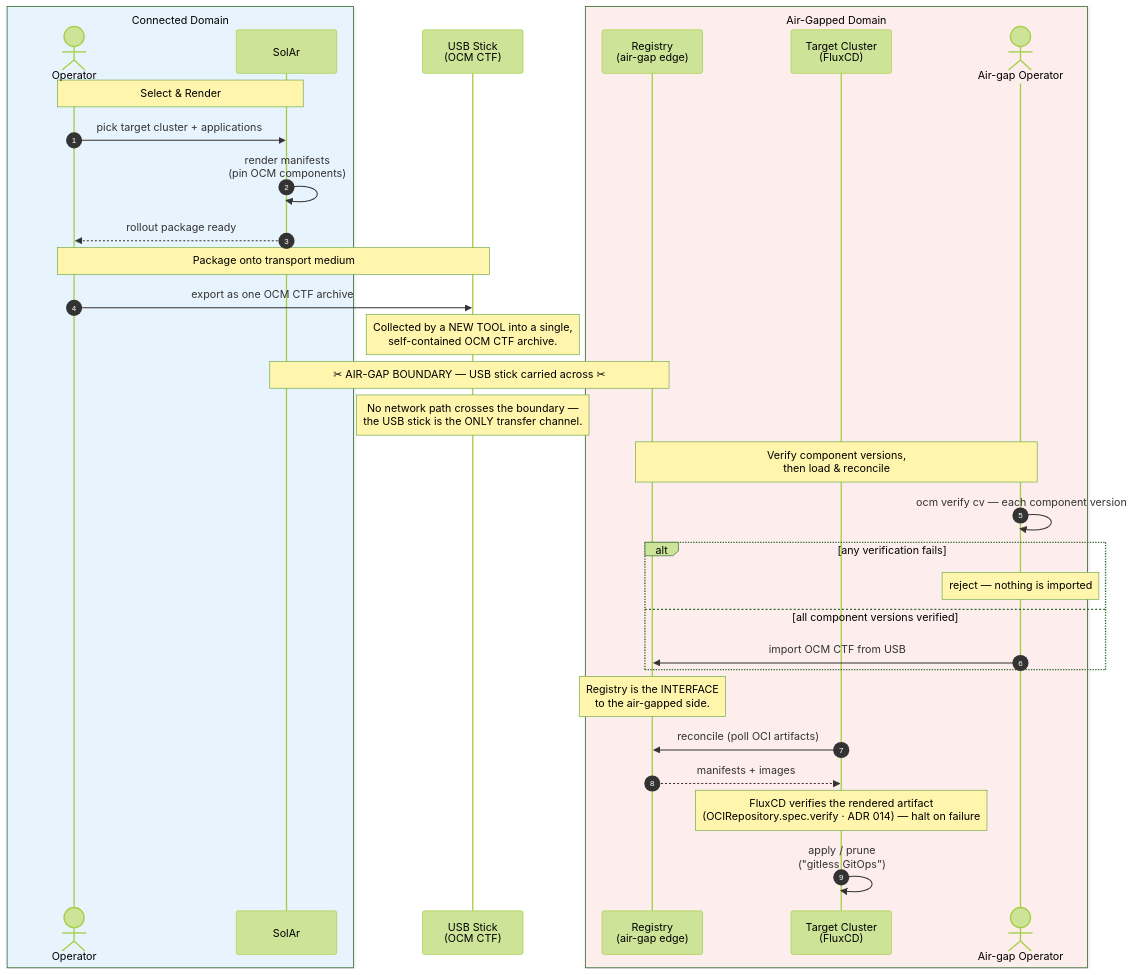
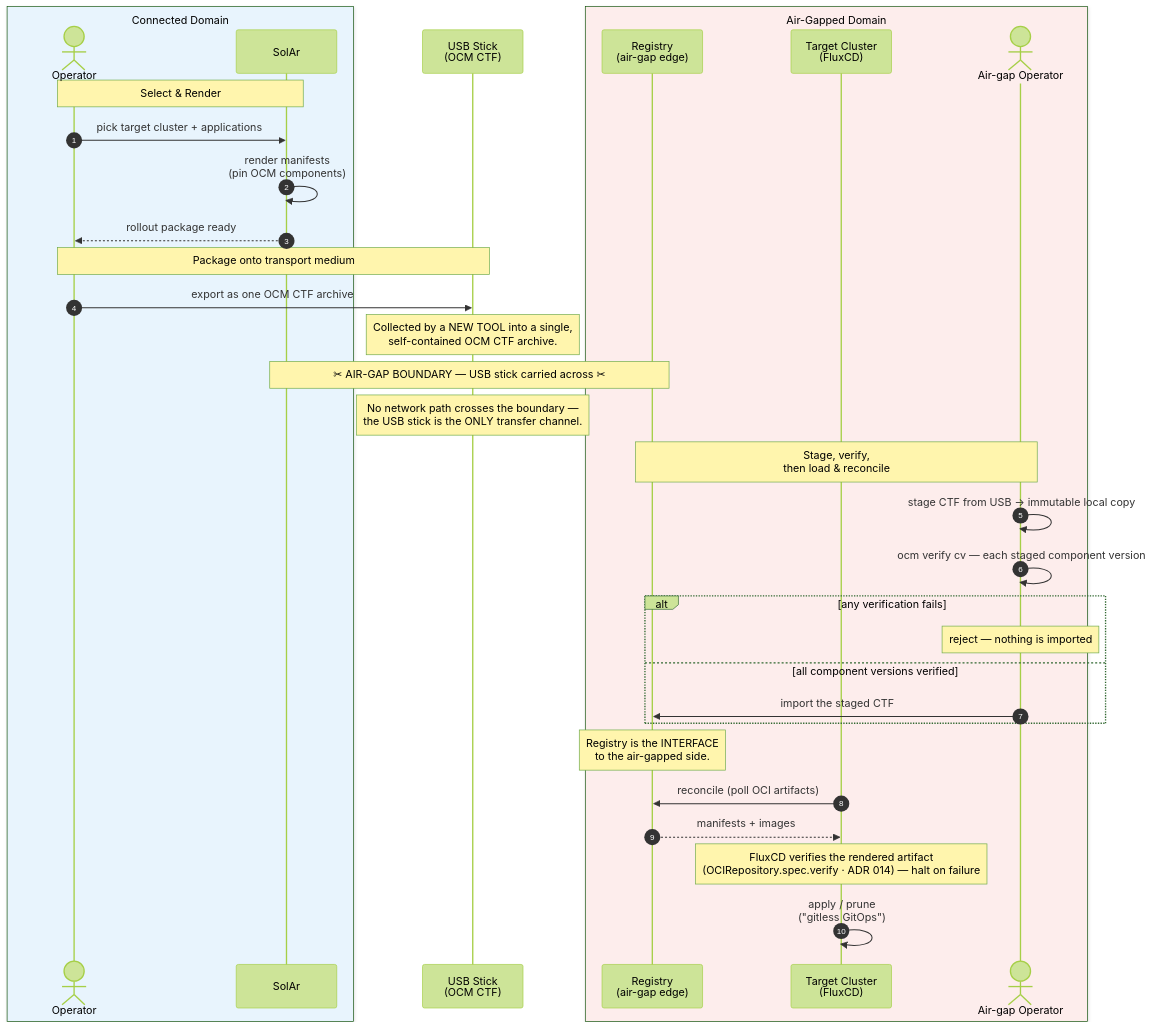
Before and after one commit to opendefensecloud/solution-arsenal: the diagram in docs/developer-guide/adrs/img/016-airgap-render-then-transport.mmd, drawn with Mermaid (forest theme). The commit also changed 2 other files, not shown here.

Commit message:
docs(adr-016): stage CTF to immutable snapshot before verify+import (TOCTOU)

```diff
--- a/docs/developer-guide/adrs/img/016-airgap-render-then-transport.mmd
+++ b/docs/developer-guide/adrs/img/016-airgap-render-then-transport.mmd
@@ -1,44 +1,45 @@
 %% Air-Gapped Catalog Chaining — Alternative pattern: Render, Transport, Gitless GitOps
 %% Selection + rendering happen in the CONNECTED domain. The result is packaged
 %% into an OCM Common Transport Format (CTF) archive on a USB stick, carried
 %% across the air-gap boundary, and reconciled into the AIR-GAPPED domain.
 sequenceDiagram
     autonumber
 
     box rgb(232,244,253) Connected Domain
         actor User as Operator
         participant SolAr as SolAr
     end
 
     participant USB as USB Stick<br/>(OCM CTF)
 
     box rgb(253,237,236) Air-Gapped Domain
         participant Reg as Registry<br/>(air-gap edge)
         participant Cluster as Target Cluster<br/>(FluxCD)
         actor Ops as Air-gap Operator
     end
 
     Note over User,SolAr: Select & Render
     User->>SolAr: pick target cluster + applications
     SolAr->>SolAr: render manifests<br/>(pin OCM components)
     SolAr-->>User: rollout package ready
 
     Note over User,USB: Package onto transport medium
     User->>USB: export as one OCM CTF archive
     Note over USB: Collected by a NEW TOOL into a single,<br/>self-contained OCM CTF archive.
 
     Note over SolAr,Reg: ✂ AIR-GAP BOUNDARY — USB stick carried across ✂
     Note over USB: No network path crosses the boundary —<br/>the USB stick is the ONLY transfer channel.
 
-    Note over Reg,Ops: Verify component versions,<br/>then load & reconcile
-    Ops->>Ops: ocm verify cv — each component version
+    Note over Reg,Ops: Stage, verify,<br/>then load & reconcile
+    Ops->>Ops: stage CTF from USB → immutable local copy
+    Ops->>Ops: ocm verify cv — each staged component version
     alt any verification fails
         Note over Ops: reject — nothing is imported
     else all component versions verified
-        Ops->>Reg: import OCM CTF from USB
+        Ops->>Reg: import the staged CTF
     end
     Note over Reg: Registry is the INTERFACE<br/>to the air-gapped side.
     Cluster->>Reg: reconcile (poll OCI artifacts)
     Reg-->>Cluster: manifests + images
     Note over Cluster: FluxCD verifies the rendered artifact<br/>(OCIRepository.spec.verify · ADR 014) — halt on failure
     Cluster->>Cluster: apply / prune<br/>("gitless GitOps")
```
